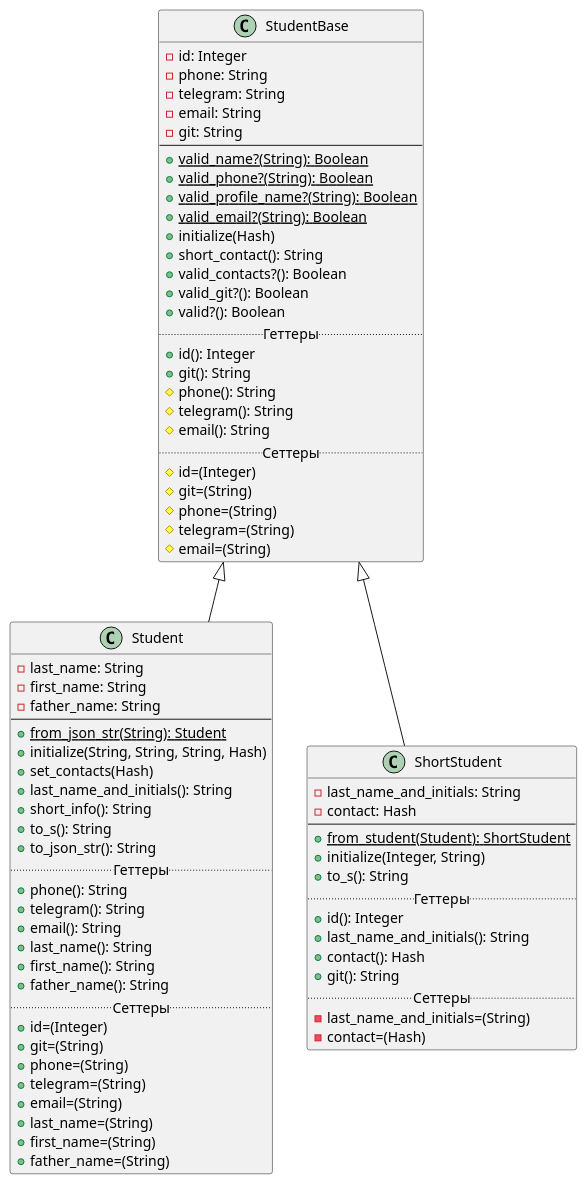
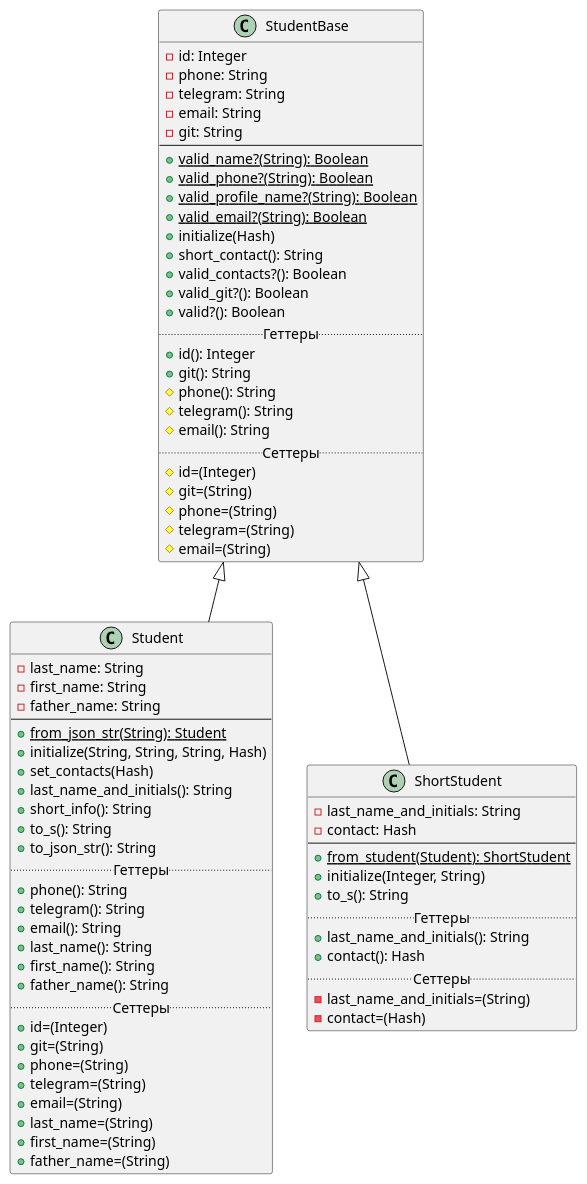
The diagram in Diagrams/lab2.puml (r1411/PatternsLabs), drawn with PlantUML before and after one commit. The commit also changed 2 other files, not shown here.

```diff
--- a/Diagrams/lab2.puml
+++ b/Diagrams/lab2.puml
@@ -1,81 +1,79 @@
 @startuml
 'https://plantuml.com/class-diagram
 
 class StudentBase {
     -id: Integer
     -phone: String
     -telegram: String
     -email: String
     -git: String
     --
     +{static}valid_name?(String): Boolean
     +{static}valid_phone?(String): Boolean
     +{static}valid_profile_name?(String): Boolean
     +{static}valid_email?(String): Boolean
     +initialize(Hash)
     +short_contact(): String
     +valid_contacts?(): Boolean
     +valid_git?(): Boolean
     +valid?(): Boolean
     .. Геттеры ..
     +id(): Integer
     +git(): String
     #phone(): String
     #telegram(): String
     #email(): String
     .. Сеттеры ..
     #id=(Integer)
     #git=(String)
     #phone=(String)
     #telegram=(String)
     #email=(String)
 }
 
 class Student extends StudentBase {
     -last_name: String
     -first_name: String
     -father_name: String
     --
     +{static}from_json_str(String): Student
     +initialize(String, String, String, Hash)
     +set_contacts(Hash)
     +last_name_and_initials(): String
     +short_info(): String
     +to_s(): String
     +to_json_str(): String
     .. Геттеры ..
     +phone(): String
     +telegram(): String
     +email(): String
     +last_name(): String
     +first_name(): String
     +father_name(): String
     .. Сеттеры ..
     +id=(Integer)
     +git=(String)
     +phone=(String)
     +telegram=(String)
     +email=(String)
     +last_name=(String)
     +first_name=(String)
     +father_name=(String)
 }
 
 class ShortStudent extends StudentBase {
     -last_name_and_initials: String
     -contact: Hash
     --
     +{static}from_student(Student): ShortStudent
     +initialize(Integer, String)
     +to_s(): String
     .. Геттеры ..
-    +id(): Integer
     +last_name_and_initials(): String
     +contact(): Hash
-    +git(): String
     .. Сеттеры ..
     -last_name_and_initials=(String)
     -contact=(Hash)
 }
 
 @enduml
```
